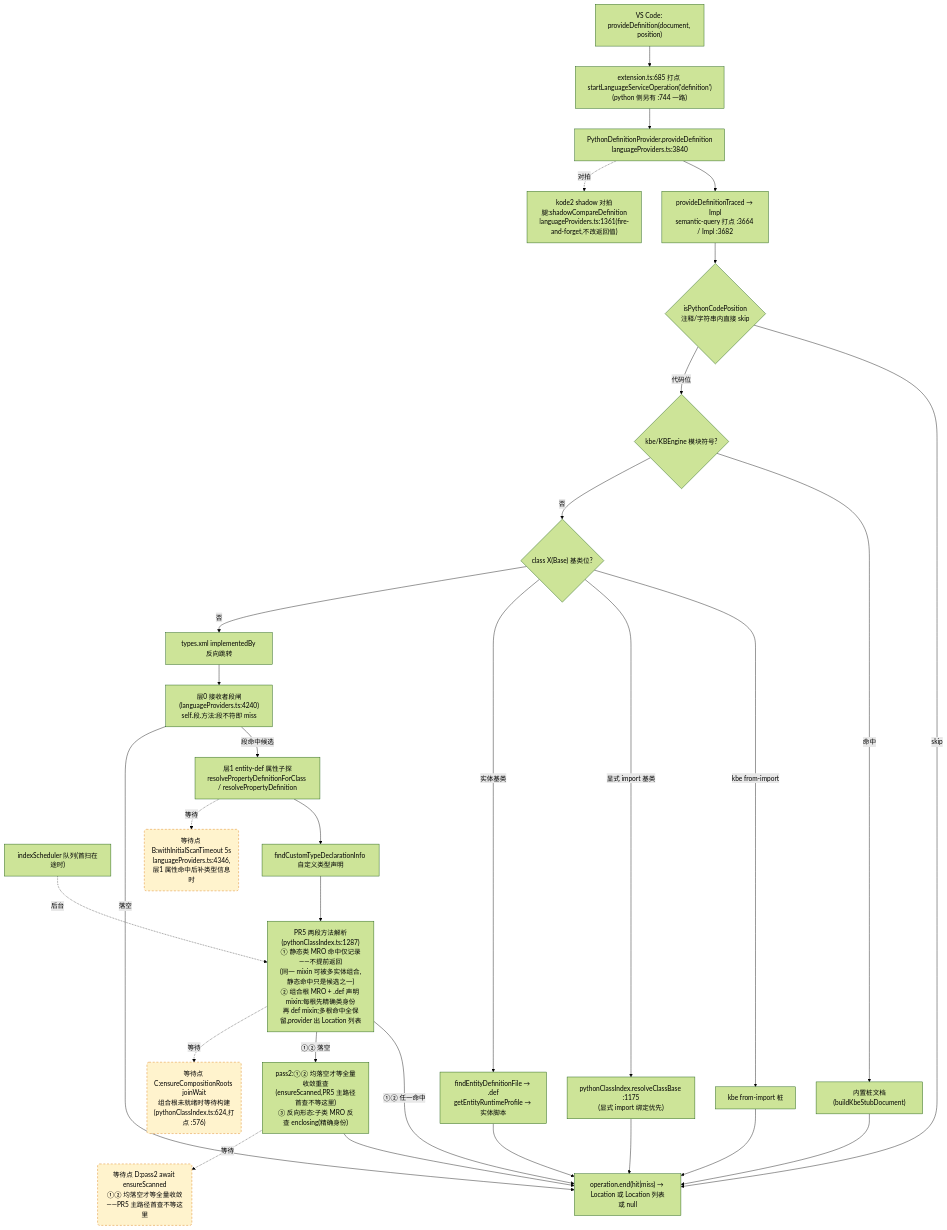
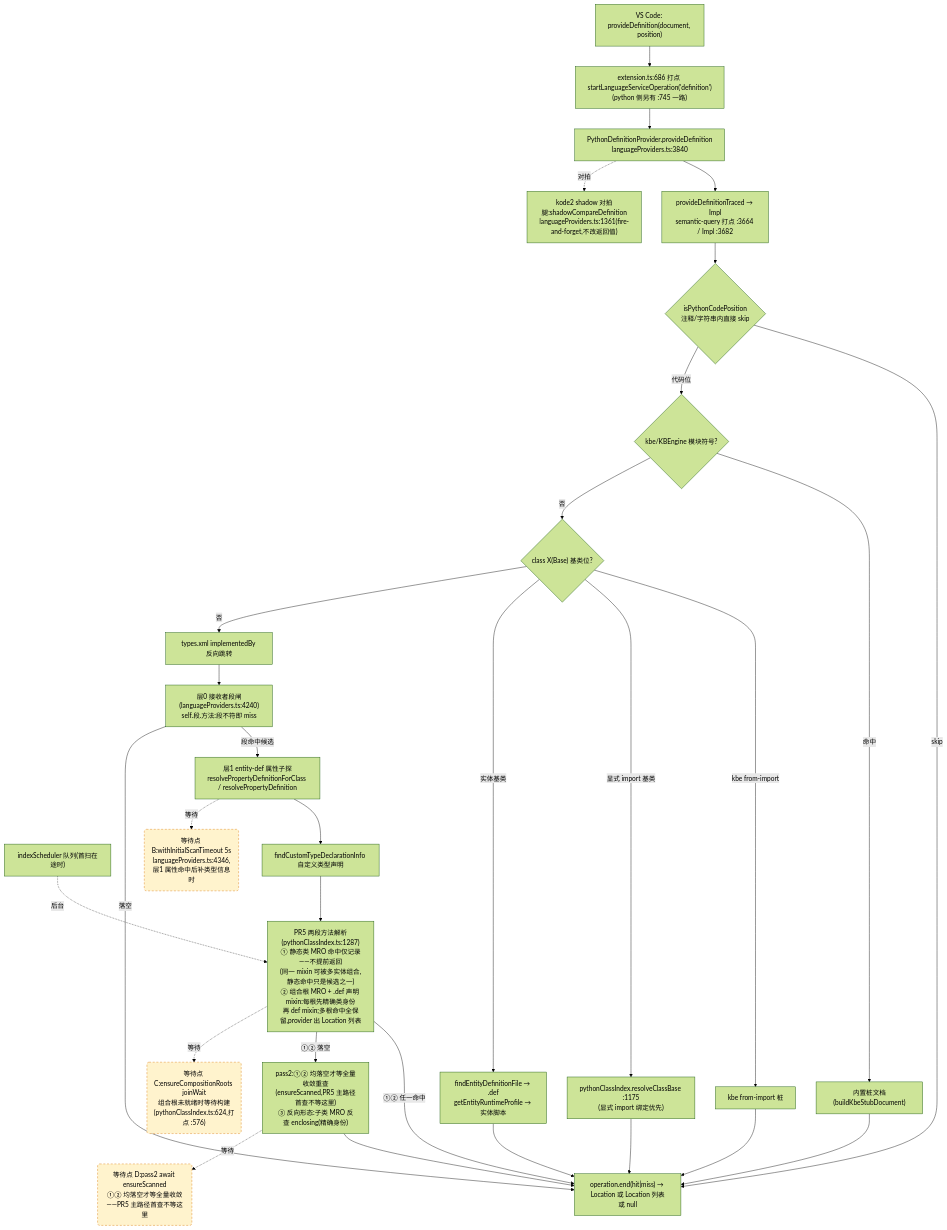
The second of 4 diagrams in docs/perf/2026-baseline.md (cuihairu/kode), drawn with Mermaid (forest theme) before and after one commit. The commit also changed other lines of this file and 12 other files, not shown here.

````diff
--- a/docs/perf/2026-baseline.md
+++ b/docs/perf/2026-baseline.md
@@ -130,51 +130,51 @@
 ```mermaid
 flowchart TD
   VC2["VS Code: provideDefinition(document, position)"]
-  M2["extension.ts:685 打点 startLanguageServiceOperation('definition')<br/>(python 侧另有 :744 一路)"]
+  M2["extension.ts:686 打点 startLanguageServiceOperation('definition')<br/>(python 侧另有 :745 一路)"]
   AD2["PythonDefinitionProvider.provideDefinition<br/>languageProviders.ts:3840"]
   TR["provideDefinitionTraced → Impl<br/>semantic-query 打点 :3664 / Impl :3682"]
   CTX{"isPythonCodePosition<br/>注释/字符串内直接 skip"}
   KBE{"kbe/KBEngine 模块符号?"}
   STUB["内置桩文档(buildKbeStubDocument)"]
   CB{"class X(Base) 基类位?"}
   CB1["kbe from-import 桩"]
   CB2["pythonClassIndex.resolveClassBase :1175<br/>(显式 import 绑定优先)"]
   CB3["findEntityDefinitionFile → .def<br/>getEntityRuntimeProfile → 实体脚本"]
   REV["types.xml implementedBy 反向跳转"]
   L0["层0 接收者段闸(languageProviders.ts:4240)<br/>self.段.方法:段不符即 miss"]
   L1["层1 entity-def 属性子探<br/>resolvePropertyDefinitionForClass / resolvePropertyDefinition"]
   SCAN["indexScheduler 队列(首扫在途时)"]
   TY["findCustomTypeDeclarationInfo 自定义类型声明"]
   MRO["PR5 两段方法解析(pythonClassIndex.ts:1287)<br/>① 静态类 MRO 命中仅记录——不提前返回<br/>(同一 mixin 可被多实体组合,静态命中只是候选之一)<br/>② 组合根 MRO + .def 声明 mixin:每根先精确类身份<br/>再 def mixin;多根命中全保留,provider 出 Location 列表"]
   PASS2["pass2:①② 均落空才等全量收敛重查<br/>(ensureScanned,PR5 主路径首查不等这里)<br/>③ 反向形态:子类 MRO 反查 enclosing(精确身份)"]
   SHD["kode2 shadow 对拍腿:shadowCompareDefinition<br/>languageProviders.ts:1361(fire-and-forget,不改返回值)"]
   END2["operation.end(hit|miss) → Location 或 Location 列表或 null"]
 
   VC2 --> M2 --> AD2 --> TR --> CTX
   CTX -- "skip" --> END2
   CTX -- "代码位" --> KBE
   KBE -- "命中" --> STUB --> END2
   KBE -- "否" --> CB
   CB -- "kbe from-import" --> CB1 --> END2
   CB -- "显式 import 基类" --> CB2 --> END2
   CB -- "实体基类" --> CB3 --> END2
   CB -- "否" --> REV --> L0
   L0 -- "段命中候选" --> L1
   L0 -- "落空" --> END2
   L1 --> TY
   TY --> MRO
   MRO -- "①② 任一命中" --> END2
   MRO -- "①② 落空" --> PASS2 --> END2
   AD2 -.->|对拍| SHD
 
   WAITB("等待点 B:withInitialScanTimeout 5s<br/>languageProviders.ts:4346,层1 属性命中后补类型信息时")
   WAITC("等待点 C:ensureCompositionRoots joinWait<br/>组合根未就绪时等待构建(pythonClassIndex.ts:624,打点 :576)")
   WAITD("等待点 D:pass2 await ensureScanned<br/>①② 均落空才等全量收敛——PR5 主路径首查不等这里")
   L1 -.->|等待| WAITB
   MRO -.->|等待| WAITC
   PASS2 -.->|等待| WAITD
   SCAN -.->|后台| MRO
 
   classDef waitPoint fill:#fff3cd,stroke:#d97706,stroke-dasharray:5 4;
   class WAITB,WAITC,WAITD waitPoint;
 ```
````
